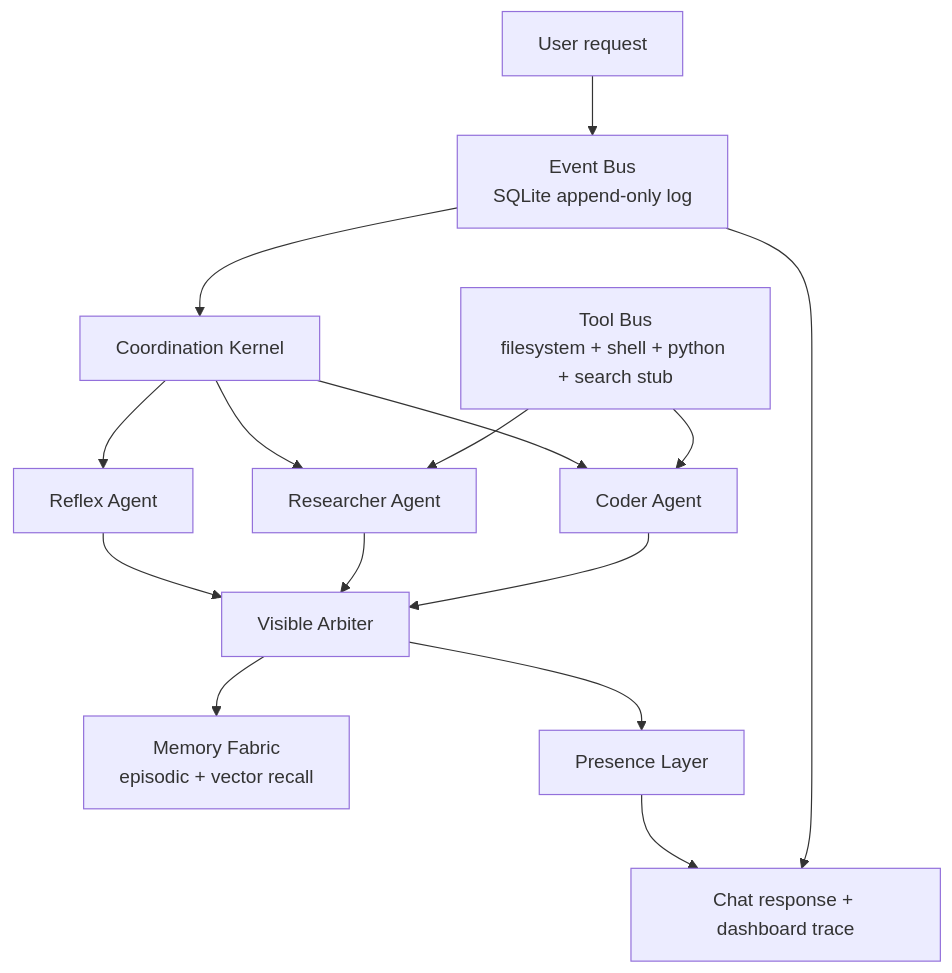
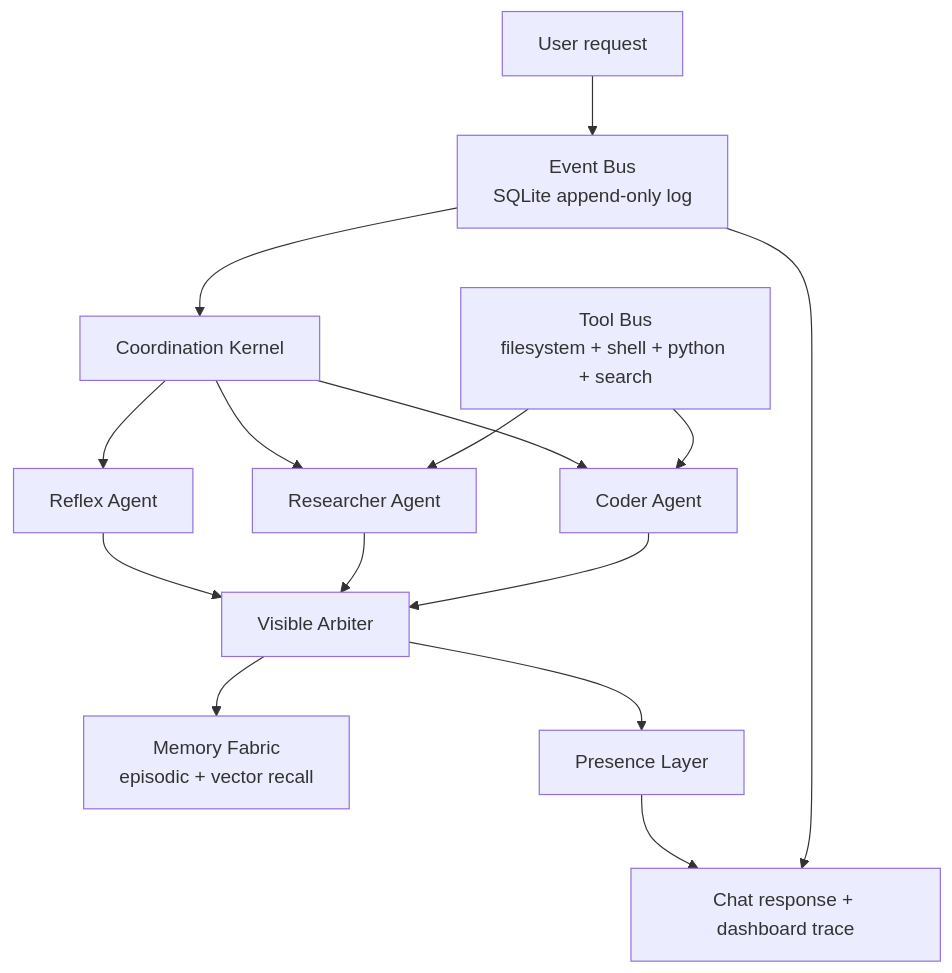
The diagram in README.md (rrhoopes3/omnibot), drawn with Mermaid before and after one commit. The commit also changed other lines of this file and 11 other files, not shown here.

````diff
--- a/README.md
+++ b/README.md
@@ -52,17 +54,17 @@
 ```mermaid
 flowchart TD
     U["User request"] --> EB["Event Bus<br/>SQLite append-only log"]
     EB --> K["Coordination Kernel"]
     K --> R["Reflex Agent"]
     K --> S["Researcher Agent"]
     K --> C["Coder Agent"]
     R --> A["Visible Arbiter"]
     S --> A
     C --> A
     A --> M["Memory Fabric<br/>episodic + vector recall"]
     A --> P["Presence Layer"]
-    T["Tool Bus<br/>filesystem + shell + python + search stub"] --> C
+    T["Tool Bus<br/>filesystem + shell + python + search"] --> C
     T --> S
     P --> UI["Chat response + dashboard trace"]
     EB --> UI
 ```
````
